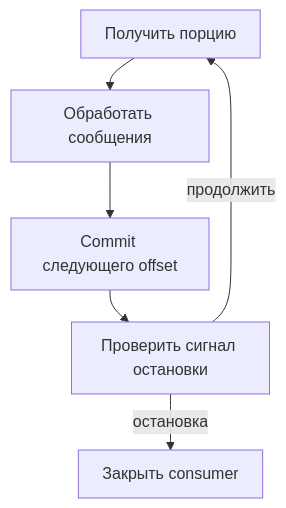
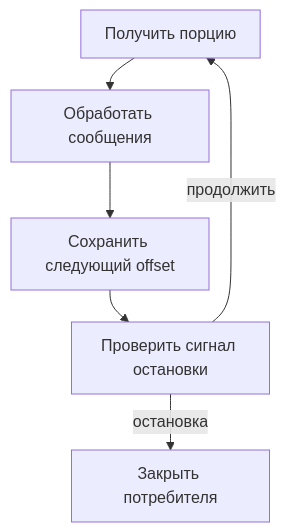
The diagram in translations/ru/blog/posts/2026-09-13-kafka-in-python-services.md (bedrock-python/bedrock-python.github.io), drawn with Mermaid before and after one commit. The commit also changed other lines of this file and 24 other files, not shown here.

````diff
--- a/translations/ru/blog/posts/2026-09-13-kafka-in-python-services.md
+++ b/translations/ru/blog/posts/2026-09-13-kafka-in-python-services.md
@@ -68,24 +68,24 @@
 ```mermaid
 ---
 config:
   theme: default
   look: classic
   flowchart:
     useMaxWidth: false
     wrappingWidth: 150
     padding: 12
     nodeSpacing: 24
     rankSpacing: 32
 ---
 flowchart TD
-    accTitle: Прогресс фиксируется после обработки
-    accDescr: Consumer завершает обработку принятой порции до commit offset. После сигнала остановки он больше не запрашивает новую порцию.
+    accTitle: Сначала обработка, затем commit
+    accDescr: Потребитель обрабатывает текущую порцию сообщений, затем фиксирует позицию. После сигнала остановки следующая порция уже не запрашивается.
     A["Получить порцию"]
     B["Обработать сообщения"]
-    C["Commit следующего offset"]
+    C["Сохранить следующий offset"]
     D["Проверить сигнал остановки"]
-    E["Закрыть consumer"]
+    E["Закрыть потребителя"]
     A --> B --> C --> D
     D -->|"продолжить"| A
     D -->|"остановка"| E
 ```
````
